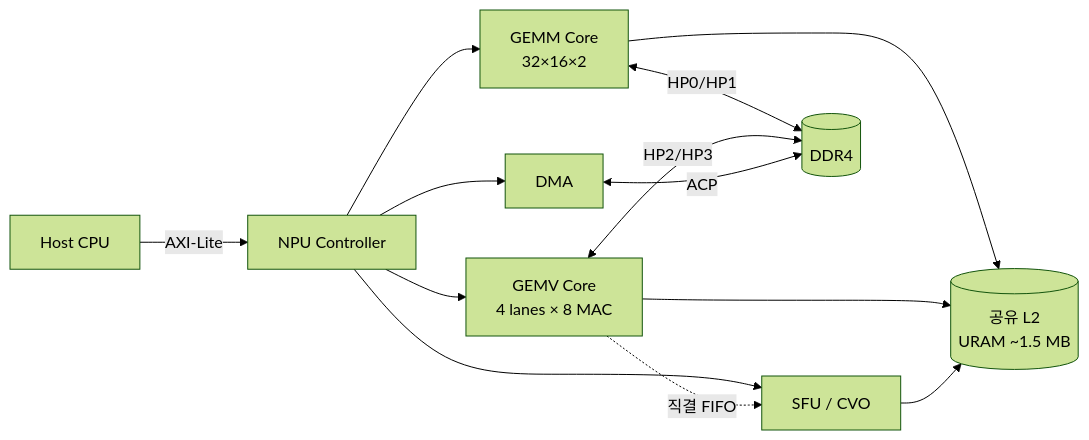
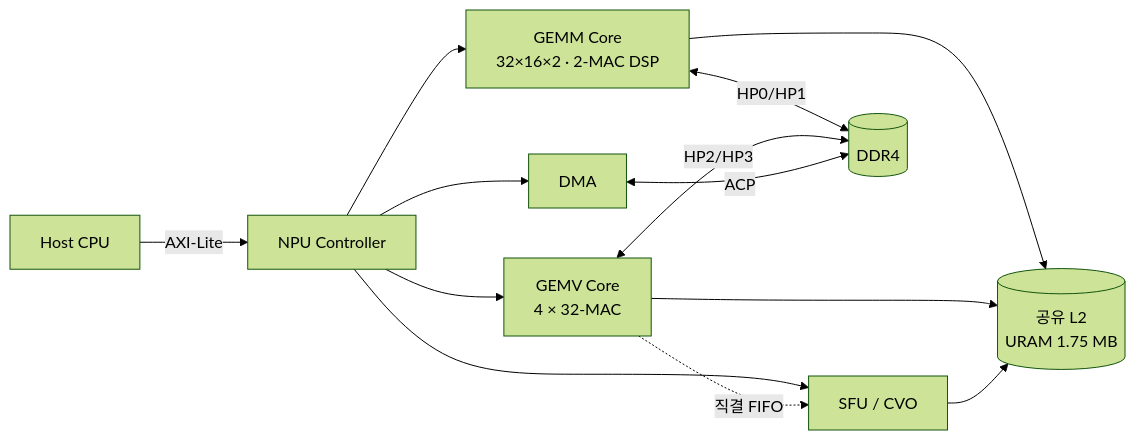
The diagram in ko/docs/samples/mermaid_blockdiagram.md (hwkim-dev/uCA), drawn with Mermaid (forest theme) before and after one commit. The commit also changed 3 other files, not shown here.

````diff
--- a/ko/docs/samples/mermaid_blockdiagram.md
+++ b/ko/docs/samples/mermaid_blockdiagram.md
@@ -6,15 +6,15 @@
 ```{mermaid}
 flowchart LR
     HOST[Host CPU] -- AXI-Lite --> CTRL[NPU Controller]
-    CTRL --> GEMM[GEMM Core<br/>32×16×2]
-    CTRL --> GEMV[GEMV Core<br/>4 lanes × 8 MAC]
+    CTRL --> GEMM[GEMM Core<br/>32×16×2 · 2-MAC DSP]
+    CTRL --> GEMV[GEMV Core<br/>4 × 32-MAC]
     CTRL --> SFU[SFU / CVO]
     CTRL --> DMA[DMA]
     GEMM <-- HP0/HP1 --> DDR[(DDR4)]
     GEMV <-- HP2/HP3 --> DDR
     DMA  <-- ACP    --> DDR
     GEMV -. 직결 FIFO .-> SFU
-    GEMM --> L2[(공유 L2<br/>URAM ~1.5 MB)]
+    GEMM --> L2[(공유 L2<br/>URAM 1.75 MB)]
     GEMV --> L2
     SFU  --> L2
 ```
````
